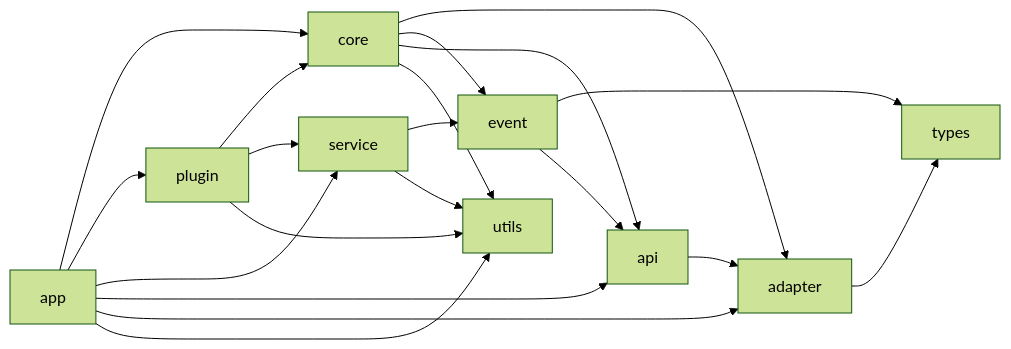
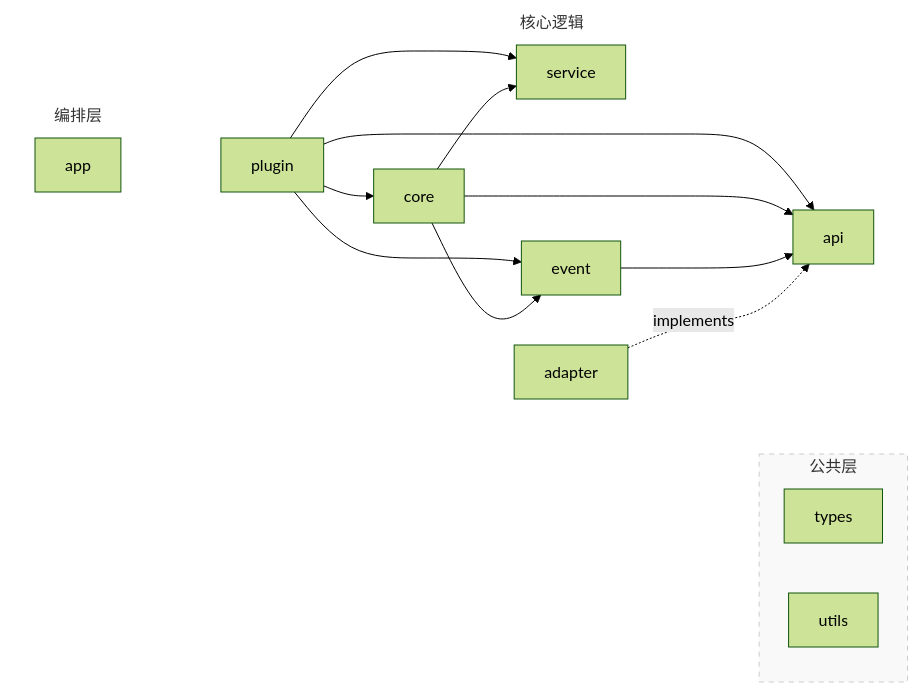
Before and after one commit to Sparrived/ncatbot: the second of 14 diagrams in docs/architecture.md, drawn with Mermaid (forest theme). The commit also changed other lines of this file, not shown here.

Commit message:
docs: update architecture diagrams and dependency descriptions
- 重绘分层架构图：使用不可见线控制布局，区分编排层与类型层
- 重绘模块依赖图：按子图分组，标注依赖反转关系
- 新增依赖反转（DIP）说明章节
- 更新 HandlerDispatcher 职责描述（create_entity）
- 移除已废弃的向后兼容说明

````diff
--- a/docs/architecture.md
+++ b/docs/architecture.md
@@ -151,32 +161,45 @@
 ```mermaid
 graph LR
-    app["app"]
-    adapter["adapter"]
-    types["types"]
-    event["event"]
-    api["api"]
-    core["core"]
-    plugin["plugin"]
-    service["service"]
-    utils["utils"]
+    %% 最左侧：编排层
+    subgraph LayerApp [编排层]
+        app["app"]
+    end
 
-    app --> core
-    app --> plugin
-    app --> service
-    app --> api
-    app --> adapter
-    adapter --> types
-    event --> types
-    event --> api
-    api --> adapter
-    core --> adapter
-    core --> event
-    core --> api
-    plugin --> core
-    plugin --> service
-    service --> event
-    core --> utils
-    plugin --> utils
-    service --> utils
-    app --> utils
+    %% 中间：核心业务关系
+    subgraph LayerCore [核心逻辑]
+        plugin["plugin"]
+        service["service"]
+        core["core"]
+        event["event"]
+        api["api"]
+        adapter["adapter"]
+
+        plugin --> service
+        plugin --> core
+        plugin --> api
+        plugin --> event
+
+        core --> service
+        core --> event
+        core --> api
+
+        event --> api
+        adapter -.->|implements| api
+    end
+
+    %% 最右侧：公共层
+    subgraph LayerCommon [公共层]
+        types["types"]
+        utils["utils"]
+    end
+
+    %% 【排版核心】使用不可见线强行拉开左右位置
+    app ~~~ plugin
+    adapter ~~~ types
+    adapter ~~~ utils
+
+    %% 样式调整：去掉最左侧和中间的框，保留最右侧的框以示区分
+    style LayerApp fill:none,stroke:none
+    style LayerCore fill:none,stroke:none
+    style LayerCommon fill:#f9f9f9,stroke:#ccc,stroke-dasharray: 5 5
 ```
````
